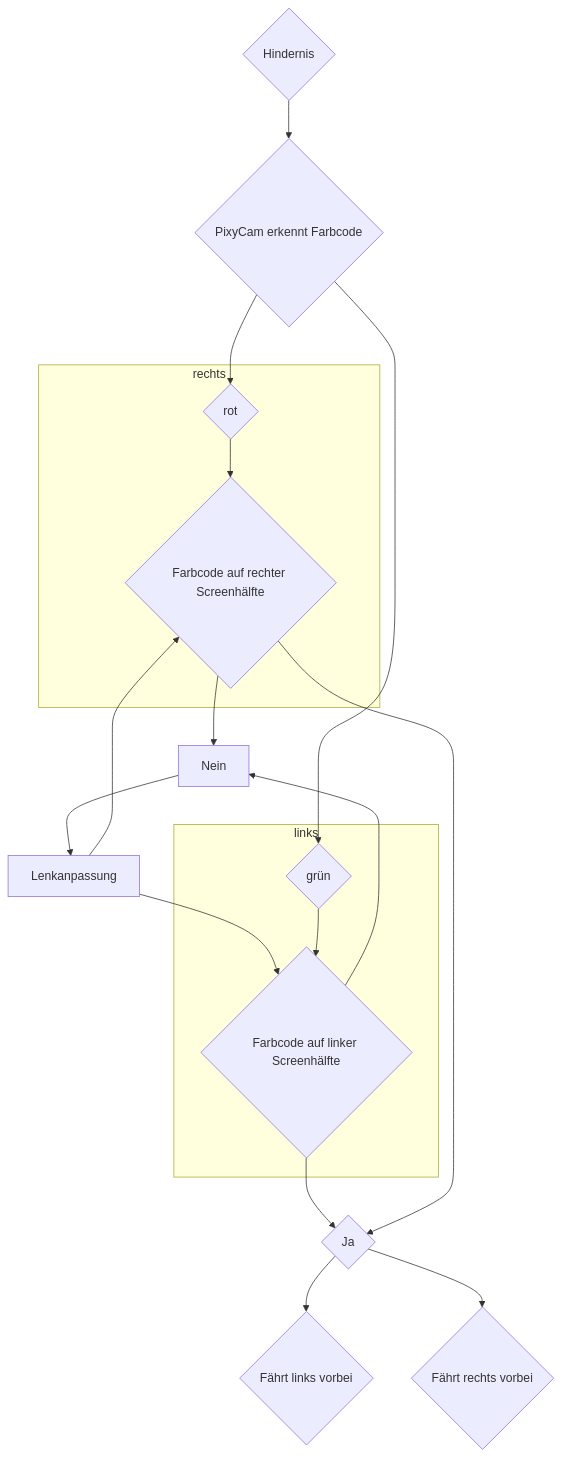
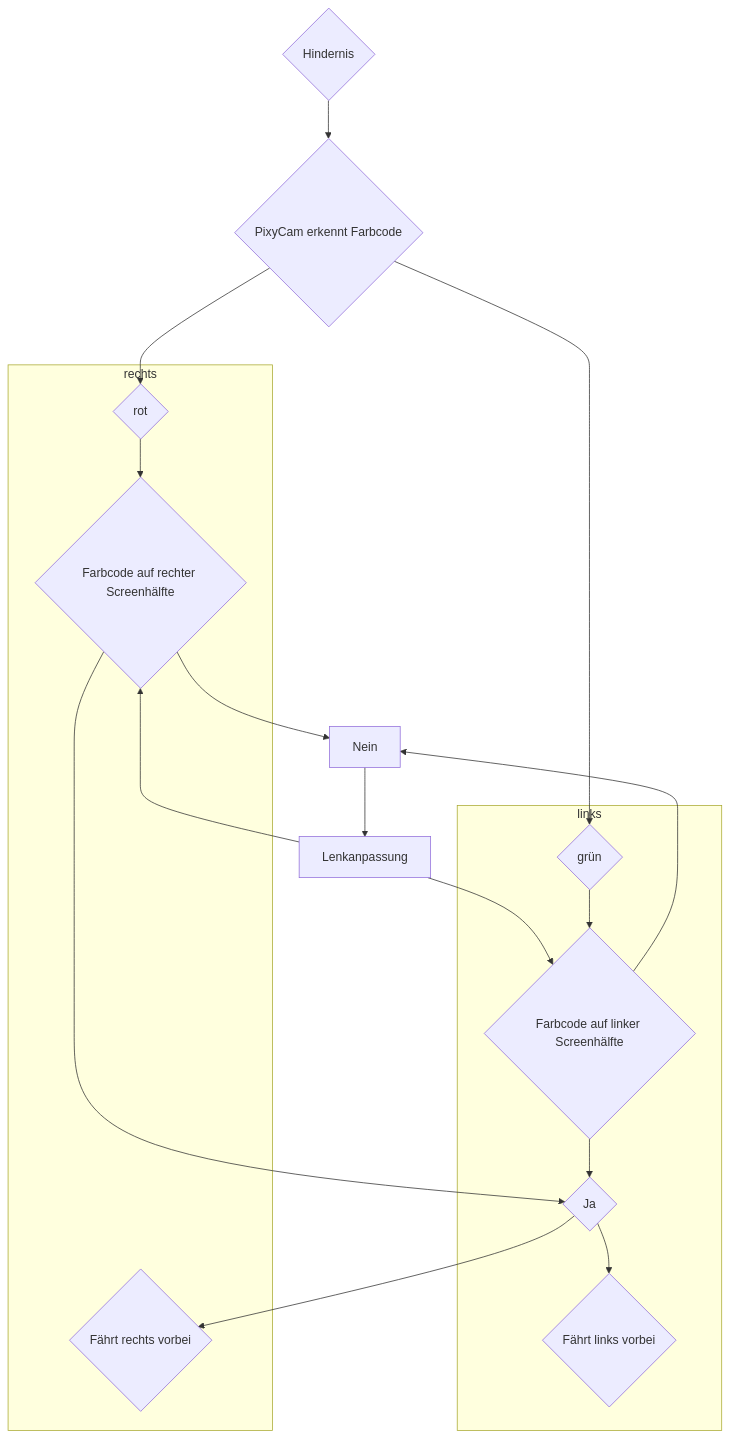
One commit to SchroedingersBit/PfortGTPanama changed the diagram in Programme/Hindernisrennen/README.md. Above: the diagram before and after it, drawn with Mermaid. The commit also changed other lines of this file, not shown here.

````diff
--- a/Programme/Hindernisrennen/README.md
+++ b/Programme/Hindernisrennen/README.md
@@ -4,31 +4,31 @@
 ```mermaid
 flowchart TB;
 B-->C{rot};
 A{Hindernis} -->B{PixyCam erkennt Farbcode};
 B-->E{grün};
 C1 --> Nein;
 Nein --> Lenkanpassung;
 C2 --> Nein; 
 Lenkanpassung-->C1;
 Lenkanpassung -->C2;
 C1-->J{Ja};
-J-->R{Fährt links vorbei};
 
-J-->L{Fährt rechts vorbei};
+
+
 C2-->J;
 subgraph links
 E-->C1{Farbcode auf linker Screenhälfte};
 
-
+J-->R{Fährt links vorbei};
 
 
 end
 
 subgraph rechts
 C-->C2{Farbcode auf rechter Screenhälfte};
 
-
+J-->L{Fährt rechts vorbei};
 
 
 end
 ```
````
